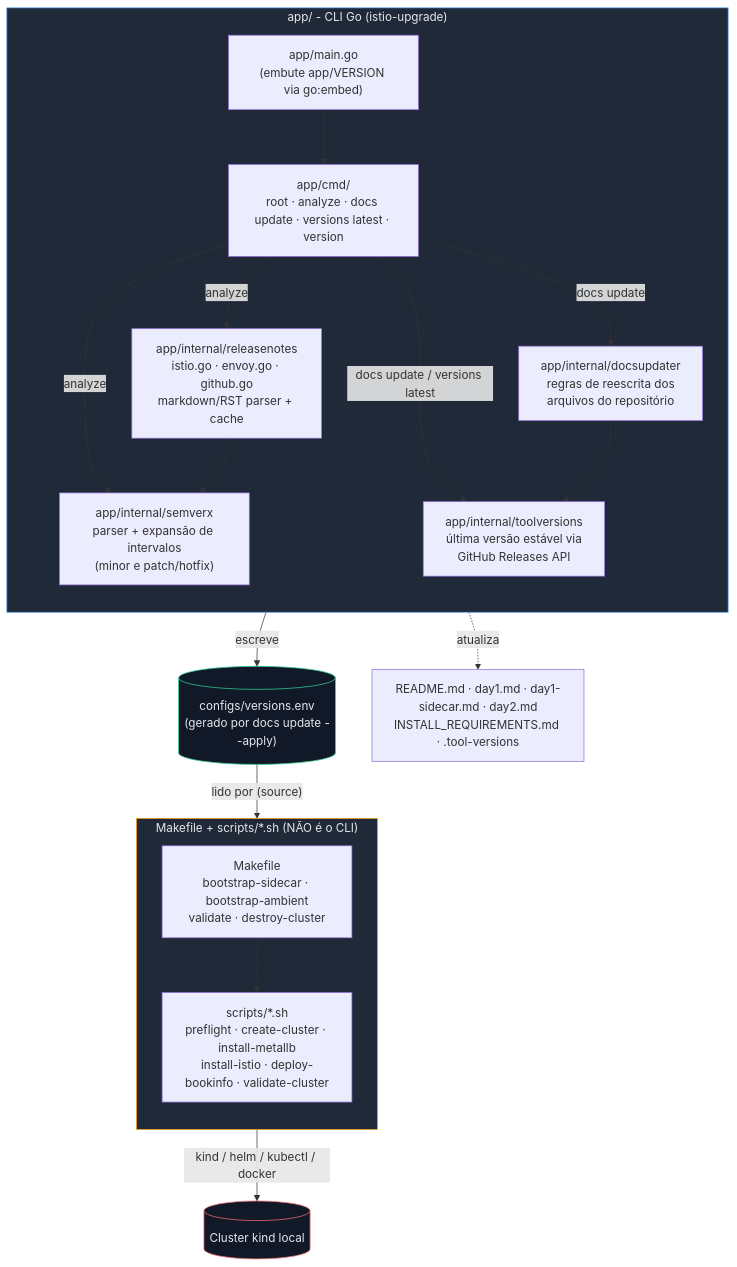
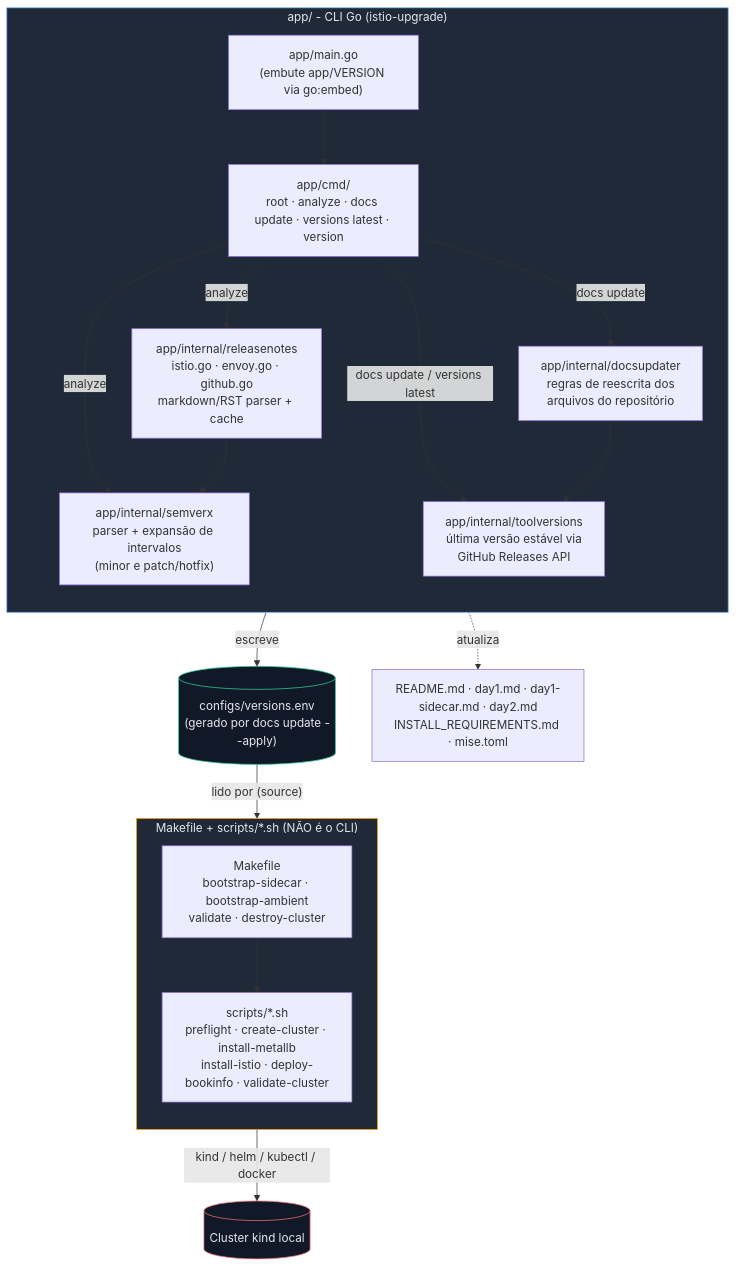
Before and after one commit to aeciopires/learning-istio: the first of 2 diagrams in agents/upgrade/README.md, drawn with Mermaid. The commit also changed other lines of this file and 15 other files, not shown here.

Commit message:
Replaced .tools-version by mise.toml

````diff
--- a/agents/upgrade/README.md
+++ b/agents/upgrade/README.md
@@ -49,39 +49,39 @@
 ```mermaid
 flowchart TB
     subgraph CLI["app/ - CLI Go (istio-upgrade)"]
         direction TB
         main["app/main.go\n(embute app/VERSION via go:embed)"]
         cmdpkg["app/cmd/\nroot · analyze · docs update · versions latest · version"]
         semverx["app/internal/semverx\nparser + expansão de intervalos\n(minor e patch/hotfix)"]
         releasenotes["app/internal/releasenotes\nistio.go · envoy.go · github.go\nmarkdown/RST parser + cache"]
         toolversions["app/internal/toolversions\núltima versão estável via\nGitHub Releases API"]
         docsupdater["app/internal/docsupdater\nregras de reescrita dos\narquivos do repositório"]
 
         main --> cmdpkg
         cmdpkg -- "analyze" --> semverx
         cmdpkg -- "analyze" --> releasenotes
         releasenotes --> semverx
         cmdpkg -- "docs update / versions latest" --> toolversions
         cmdpkg -- "docs update" --> docsupdater
         docsupdater --> toolversions
     end
 
     versionsEnv[("configs/versions.env\n(gerado por docs update --apply)")]
     docsupdater -- escreve --> versionsEnv
-    docsupdater -. atualiza .-> repoDocs["README.md · day1.md · day1-sidecar.md · day2.md\nINSTALL_REQUIREMENTS.md · .tool-versions"]
+    docsupdater -. atualiza .-> repoDocs["README.md · day1.md · day1-sidecar.md · day2.md\nINSTALL_REQUIREMENTS.md · mise.toml"]
 
     subgraph AUTOMATION["Makefile + scripts/*.sh (NÃO é o CLI)"]
         direction TB
         makefile["Makefile\nbootstrap-sidecar · bootstrap-ambient\nvalidate · destroy-cluster"]
         scripts["scripts/*.sh\npreflight · create-cluster · install-metallb\ninstall-istio · deploy-bookinfo · validate-cluster"]
         makefile --> scripts
     end
 
     versionsEnv -- "lido por (source)" --> scripts
     scripts -- "kind / helm / kubectl / docker" --> cluster[("Cluster kind local")]
 
     style CLI fill:#1f2937,stroke:#60a5fa,color:#e5e7eb
     style AUTOMATION fill:#1f2937,stroke:#f59e0b,color:#e5e7eb
     style versionsEnv fill:#111827,stroke:#34d399,color:#e5e7eb
     style cluster fill:#111827,stroke:#f87171,color:#e5e7eb
 ```
````
